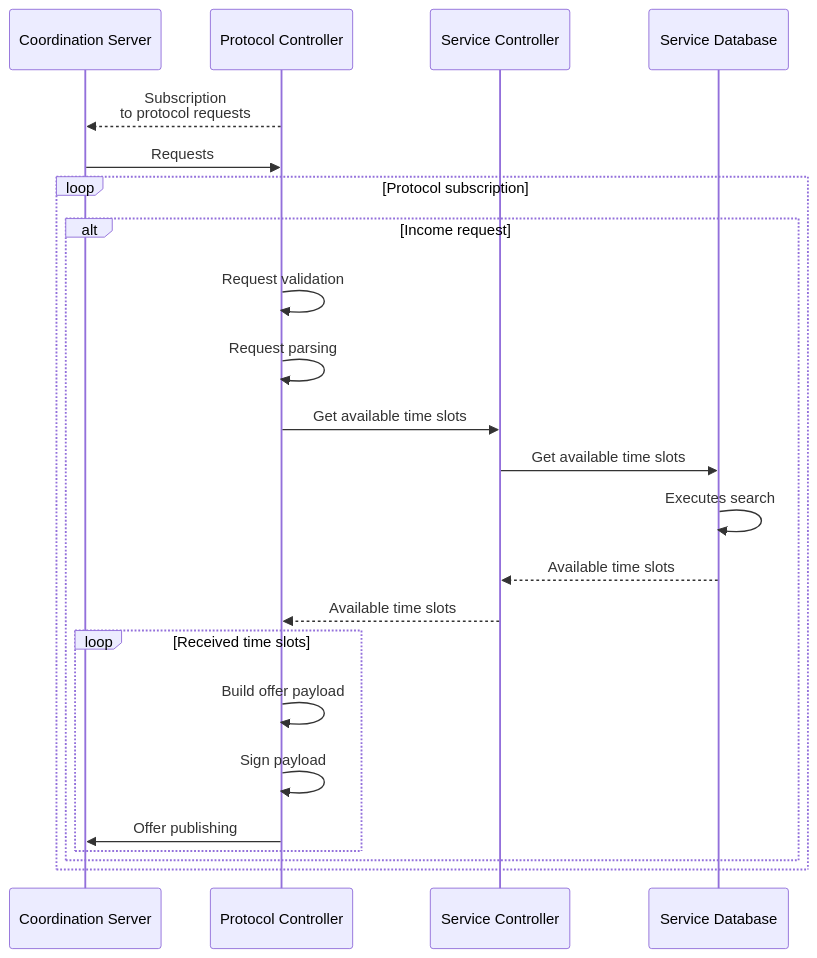
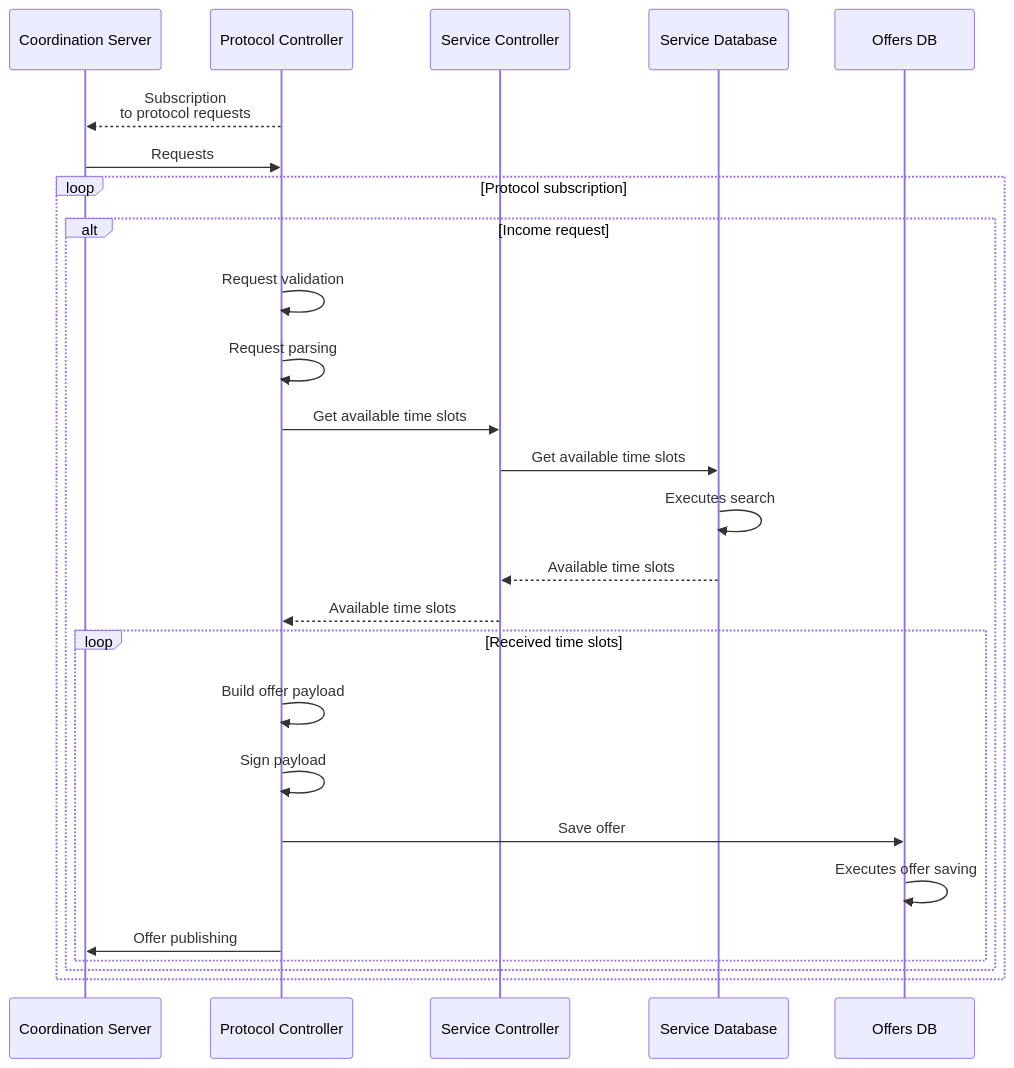
One commit to windingtree/mvp changed the fourth of 10 diagrams in docs/node-spec.md. Above: the diagram before and after it, drawn with Mermaid. The commit also changed other lines of this file, not shown here.

````diff
--- a/docs/node-spec.md
+++ b/docs/node-spec.md
@@ -135,28 +217,31 @@
 ```mermaid
 sequenceDiagram
   participant server as Coordination Server
   participant protocolCtrl as Protocol Controller
   participant serviceCtrl as Service Controller
   participant serviceDb as Service Database
+  participant offersDb as Offers DB
 
   protocolCtrl -->> server: Subscription<br>to protocol requests
   server ->> protocolCtrl: Requests
 
   loop Protocol subscription
     alt Income request
       protocolCtrl ->> protocolCtrl: Request validation
       protocolCtrl ->> protocolCtrl: Request parsing
       protocolCtrl ->> serviceCtrl: Get available time slots
       serviceCtrl ->> serviceDb: Get available time slots
       serviceDb ->> serviceDb: Executes search
       serviceDb -->> serviceCtrl: Available time slots
       serviceCtrl -->> protocolCtrl: Available time slots
 
       loop Received time slots
         protocolCtrl ->> protocolCtrl: Build offer payload
         protocolCtrl ->> protocolCtrl: Sign payload
+        protocolCtrl ->> offersDb: Save offer
+        offersDb ->> offersDb: Executes offer saving
         protocolCtrl ->> server: Offer publishing
       end
     end
   end
 ```
````
